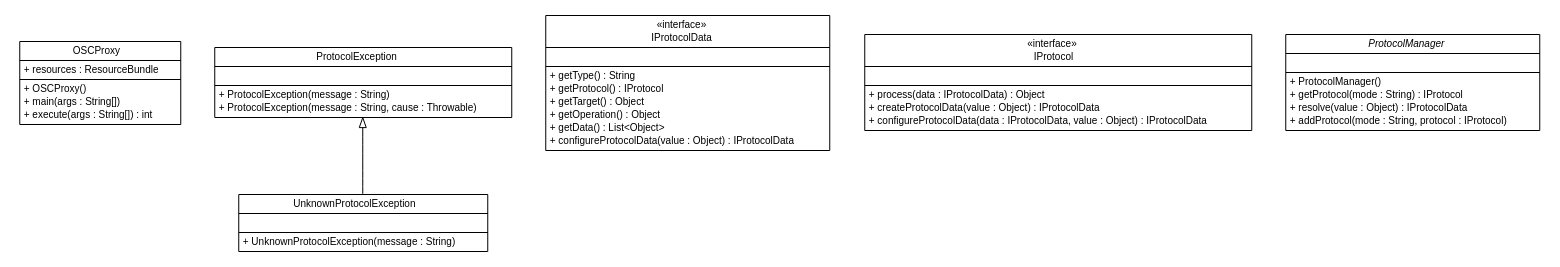
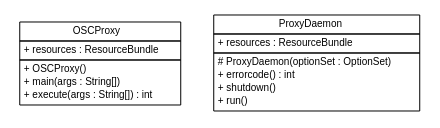
The diagram in apidocs/com/xley/lfosc/com.xley.lfosc.dot (pcross616/lf-osc-proxy), drawn with Graphviz before and after one commit. The commit also changed 400 other files, not shown here.

```diff
--- a/apidocs/com/xley/lfosc/com.xley.lfosc.dot
+++ b/apidocs/com/xley/lfosc/com.xley.lfosc.dot
@@ -1,101 +1,41 @@
 #!/usr/local/bin/dot
 #
 # Class diagram 
 # Generated by UMLGraph version R5_6 (http://www.umlgraph.org/)
 #
 
 digraph G {
 	edge [fontname="Helvetica",fontsize=10,labelfontname="Helvetica",labelfontsize=10];
 	node [fontname="Helvetica",fontsize=10,shape=plaintext];
 	nodesep=0.25;
 	ranksep=0.5;
 	// com.xley.lfosc.OSCProxy
-	c330 [label=<<table title="com.xley.lfosc.OSCProxy" border="0" cellborder="1" cellspacing="0" cellpadding="2" port="p" href="./OSCProxy.html">
+	c0 [label=<<table title="com.xley.lfosc.OSCProxy" border="0" cellborder="1" cellspacing="0" cellpadding="2" port="p" href="./OSCProxy.html">
 		<tr><td><table border="0" cellspacing="0" cellpadding="1">
 <tr><td align="center" balign="center"> OSCProxy </td></tr>
 		</table></td></tr>
 		<tr><td><table border="0" cellspacing="0" cellpadding="1">
 <tr><td align="left" balign="left"> + resources : ResourceBundle </td></tr>
 		</table></td></tr>
 		<tr><td><table border="0" cellspacing="0" cellpadding="1">
 <tr><td align="left" balign="left"> + OSCProxy() </td></tr>
 <tr><td align="left" balign="left"> + main(args : String[]) </td></tr>
 <tr><td align="left" balign="left"> + execute(args : String[]) : int </td></tr>
 		</table></td></tr>
 		</table>>, URL="./OSCProxy.html", fontname="Helvetica", fontcolor="black", fontsize=10.0];
-	// com.xley.lfosc.ProtocolException
-	c331 [label=<<table title="com.xley.lfosc.ProtocolException" border="0" cellborder="1" cellspacing="0" cellpadding="2" port="p" href="./ProtocolException.html">
+	// com.xley.lfosc.ProxyDaemon
+	c1 [label=<<table title="com.xley.lfosc.ProxyDaemon" border="0" cellborder="1" cellspacing="0" cellpadding="2" port="p" href="./ProxyDaemon.html">
 		<tr><td><table border="0" cellspacing="0" cellpadding="1">
-<tr><td align="center" balign="center"> ProtocolException </td></tr>
+<tr><td align="center" balign="center"> ProxyDaemon </td></tr>
 		</table></td></tr>
 		<tr><td><table border="0" cellspacing="0" cellpadding="1">
-<tr><td align="left" balign="left">  </td></tr>
+<tr><td align="left" balign="left"> + resources : ResourceBundle </td></tr>
 		</table></td></tr>
 		<tr><td><table border="0" cellspacing="0" cellpadding="1">
-<tr><td align="left" balign="left"> + ProtocolException(message : String) </td></tr>
-<tr><td align="left" balign="left"> + ProtocolException(message : String, cause : Throwable) </td></tr>
+<tr><td align="left" balign="left"> # ProxyDaemon(optionSet : OptionSet) </td></tr>
+<tr><td align="left" balign="left"> + errorcode() : int </td></tr>
+<tr><td align="left" balign="left"> + shutdown() </td></tr>
+<tr><td align="left" balign="left"> + run() </td></tr>
 		</table></td></tr>
-		</table>>, URL="./ProtocolException.html", fontname="Helvetica", fontcolor="black", fontsize=10.0];
-	// com.xley.lfosc.IProtocolData
-	c332 [label=<<table title="com.xley.lfosc.IProtocolData" border="0" cellborder="1" cellspacing="0" cellpadding="2" port="p" href="./IProtocolData.html">
-		<tr><td><table border="0" cellspacing="0" cellpadding="1">
-<tr><td align="center" balign="center"> &#171;interface&#187; </td></tr>
-<tr><td align="center" balign="center"> IProtocolData </td></tr>
-		</table></td></tr>
-		<tr><td><table border="0" cellspacing="0" cellpadding="1">
-<tr><td align="left" balign="left">  </td></tr>
-		</table></td></tr>
-		<tr><td><table border="0" cellspacing="0" cellpadding="1">
-<tr><td align="left" balign="left"> + getType() : String </td></tr>
-<tr><td align="left" balign="left"> + getProtocol() : IProtocol </td></tr>
-<tr><td align="left" balign="left"> + getTarget() : Object </td></tr>
-<tr><td align="left" balign="left"> + getOperation() : Object </td></tr>
-<tr><td align="left" balign="left"> + getData() : List&lt;Object&gt; </td></tr>
-<tr><td align="left" balign="left"> + configureProtocolData(value : Object) : IProtocolData </td></tr>
-		</table></td></tr>
-		</table>>, URL="./IProtocolData.html", fontname="Helvetica", fontcolor="black", fontsize=10.0];
-	// com.xley.lfosc.IProtocol
-	c333 [label=<<table title="com.xley.lfosc.IProtocol" border="0" cellborder="1" cellspacing="0" cellpadding="2" port="p" href="./IProtocol.html">
-		<tr><td><table border="0" cellspacing="0" cellpadding="1">
-<tr><td align="center" balign="center"> &#171;interface&#187; </td></tr>
-<tr><td align="center" balign="center"> IProtocol </td></tr>
-		</table></td></tr>
-		<tr><td><table border="0" cellspacing="0" cellpadding="1">
-<tr><td align="left" balign="left">  </td></tr>
-		</table></td></tr>
-		<tr><td><table border="0" cellspacing="0" cellpadding="1">
-<tr><td align="left" balign="left"> + process(data : IProtocolData) : Object </td></tr>
-<tr><td align="left" balign="left"> + createProtocolData(value : Object) : IProtocolData </td></tr>
-<tr><td align="left" balign="left"> + configureProtocolData(data : IProtocolData, value : Object) : IProtocolData </td></tr>
-		</table></td></tr>
-		</table>>, URL="./IProtocol.html", fontname="Helvetica", fontcolor="black", fontsize=10.0];
-	// com.xley.lfosc.ProtocolManager
-	c334 [label=<<table title="com.xley.lfosc.ProtocolManager" border="0" cellborder="1" cellspacing="0" cellpadding="2" port="p" href="./ProtocolManager.html">
-		<tr><td><table border="0" cellspacing="0" cellpadding="1">
-<tr><td align="center" balign="center"><font face="Helvetica-Oblique"> ProtocolManager </font></td></tr>
-		</table></td></tr>
-		<tr><td><table border="0" cellspacing="0" cellpadding="1">
-<tr><td align="left" balign="left">  </td></tr>
-		</table></td></tr>
-		<tr><td><table border="0" cellspacing="0" cellpadding="1">
-<tr><td align="left" balign="left"> + ProtocolManager() </td></tr>
-<tr><td align="left" balign="left"> + getProtocol(mode : String) : IProtocol </td></tr>
-<tr><td align="left" balign="left"> + resolve(value : Object) : IProtocolData </td></tr>
-<tr><td align="left" balign="left"> + addProtocol(mode : String, protocol : IProtocol) </td></tr>
-		</table></td></tr>
-		</table>>, URL="./ProtocolManager.html", fontname="Helvetica", fontcolor="black", fontsize=10.0];
-	// com.xley.lfosc.UnknownProtocolException
-	c335 [label=<<table title="com.xley.lfosc.UnknownProtocolException" border="0" cellborder="1" cellspacing="0" cellpadding="2" port="p" href="./UnknownProtocolException.html">
-		<tr><td><table border="0" cellspacing="0" cellpadding="1">
-<tr><td align="center" balign="center"> UnknownProtocolException </td></tr>
-		</table></td></tr>
-		<tr><td><table border="0" cellspacing="0" cellpadding="1">
-<tr><td align="left" balign="left">  </td></tr>
-		</table></td></tr>
-		<tr><td><table border="0" cellspacing="0" cellpadding="1">
-<tr><td align="left" balign="left"> + UnknownProtocolException(message : String) </td></tr>
-		</table></td></tr>
-		</table>>, URL="./UnknownProtocolException.html", fontname="Helvetica", fontcolor="black", fontsize=10.0];
-	//com.xley.lfosc.UnknownProtocolException extends com.xley.lfosc.ProtocolException
-	c331:p -> c335:p [dir=back,arrowtail=empty];
+		</table>>, URL="./ProxyDaemon.html", fontname="Helvetica", fontcolor="black", fontsize=10.0];
 }
```
